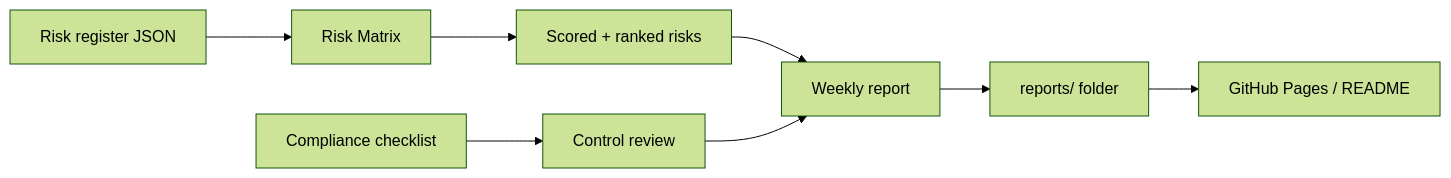
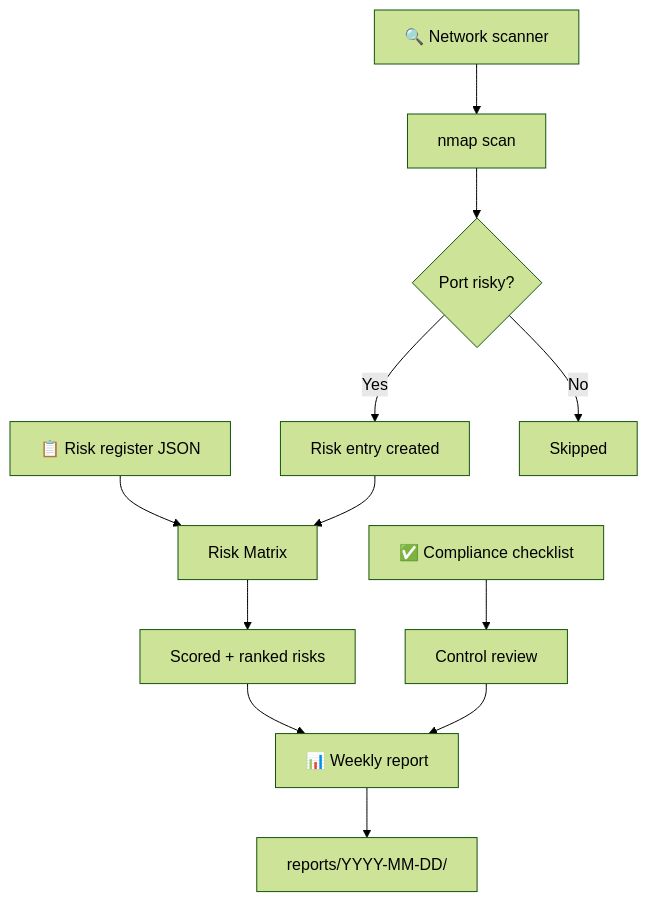
One commit to Speed-boo3/grc-project changed the first of 6 diagrams in README.md. Above: the diagram before and after it, drawn with Mermaid (forest theme). The commit also changed other lines of this file, not shown here.

Commit message:
Rewrite README: cleaner structure, better diagrams, output examples

````diff
--- a/README.md
+++ b/README.md
@@ -14,10 +15,13 @@
 ```mermaid
-flowchart LR
-    A[Risk register JSON] --> B[Risk Matrix]
-    B --> C[Scored + ranked risks]
-    D[Compliance checklist] --> E[Control review]
-    C --> F[Weekly report]
-    E --> F
-    F --> G[reports/ folder]
-    G --> H[GitHub Pages / README]
+flowchart TD
+    A[📋 Risk register JSON] --> B[Risk Matrix]
+    C[🔍 Network scanner] --> D[nmap scan]
+    D --> E{Port risky?}
+    E -->|Yes| F[Risk entry created]
+    E -->|No| G[Skipped]
+    F --> B
+    B --> H[Scored + ranked risks]
+    I[✅ Compliance checklist] --> J[Control review]
+    H & J --> K[📊 Weekly report]
+    K --> L[reports/YYYY-MM-DD/]
 ```
````
